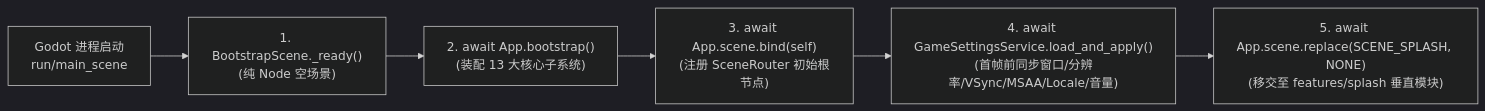
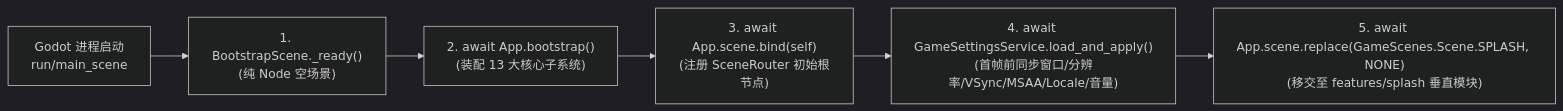
Before and after one commit to krace-tx/slacker-survivors: the diagram in src/game/bootstrap/_doc_bootstrap.md, drawn with Mermaid (dark theme). The commit also changed other lines of this file and 65 other files, not shown here.

Commit message:
refactor(game,docs): add Godot 4.7 coding standards, sync architecture docs, and decouple game layer

````diff
--- a/src/game/bootstrap/_doc_bootstrap.md
+++ b/src/game/bootstrap/_doc_bootstrap.md
@@ -21,8 +21,8 @@
 ```mermaid
 flowchart LR
 	Engine["Godot 进程启动<br>run/main_scene"] --> Boot["1. BootstrapScene._ready()<br>(纯 Node 空场景)"]
 	Boot --> Kernel["2. await App.bootstrap()<br>(装配 13 大核心子系统)"]
 	Kernel --> Bind["3. await App.scene.bind(self)<br>(注册 SceneRouter 初始根节点)"]
 	Bind --> Prefs["4. await GameSettingsService.load_and_apply()<br>(首帧前同步窗口/分辨率/VSync/MSAA/Locale/音量)"]
-	Prefs --> Handover["5. await App.scene.replace(SCENE_SPLASH, NONE)<br>(移交至 features/splash 垂直模块)"]
+	Prefs --> Handover["5. await App.scene.replace(GameScenes.Scene.SPLASH, NONE)<br>(移交至 features/splash 垂直模块)"]
 ```
````
